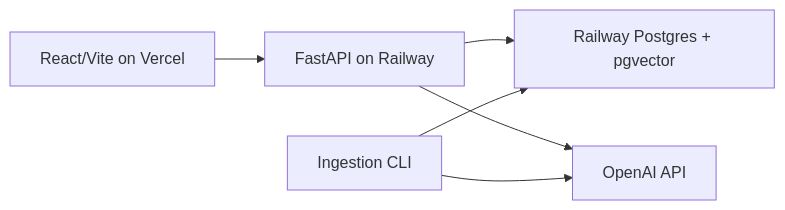
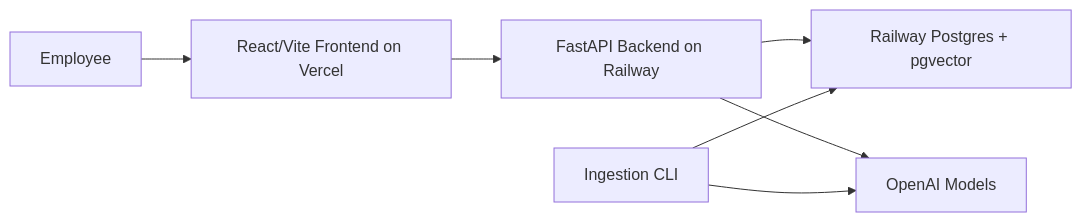
One commit to Shubham00-3/Enterprise-Knowledge-Assistant changed the diagram in docs/system-design.md. Above: the diagram before and after it, drawn with Mermaid. The commit also changed other lines of this file and 1 other file, not shown here.

````diff
--- a/docs/system-design.md
+++ b/docs/system-design.md
@@ -7,8 +9,9 @@
 ```mermaid
 flowchart LR
-  UI["React/Vite on Vercel"] --> API["FastAPI on Railway"]
+  User["Employee"] --> UI["React/Vite Frontend on Vercel"]
+  UI --> API["FastAPI Backend on Railway"]
   API --> DB["Railway Postgres + pgvector"]
-  API --> OAI["OpenAI API"]
+  API --> LLM["OpenAI Models"]
   CLI["Ingestion CLI"] --> DB
-  CLI --> OAI
+  CLI --> LLM
 ```
````
